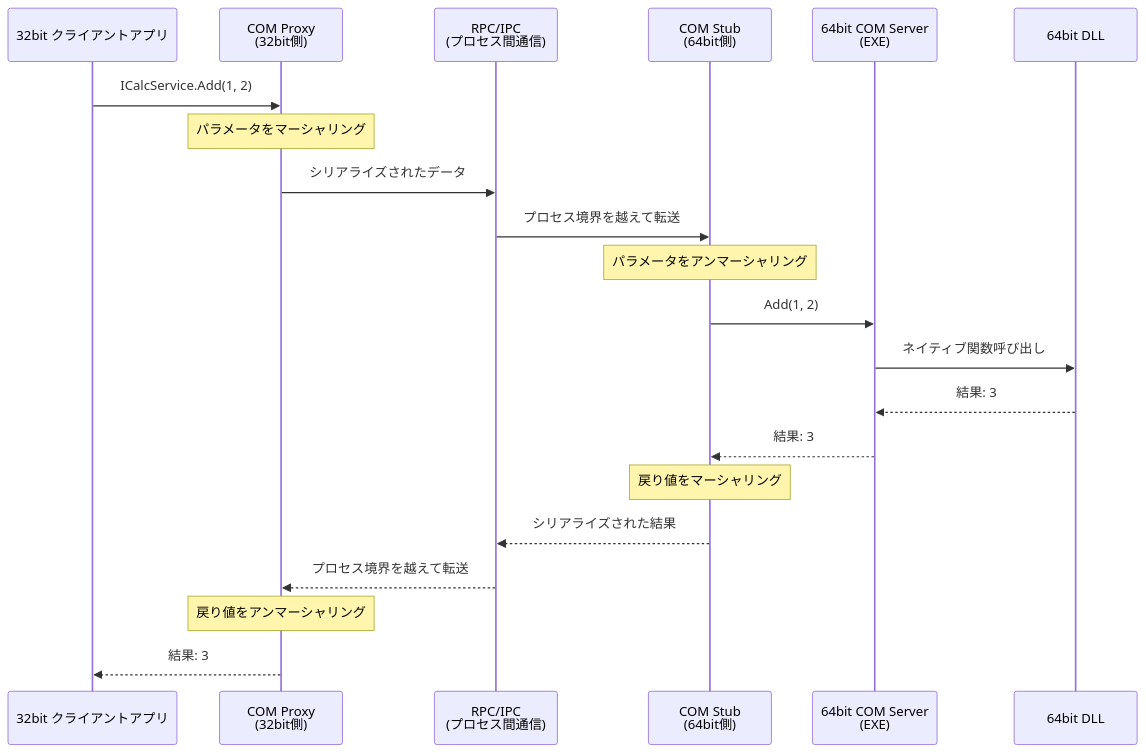
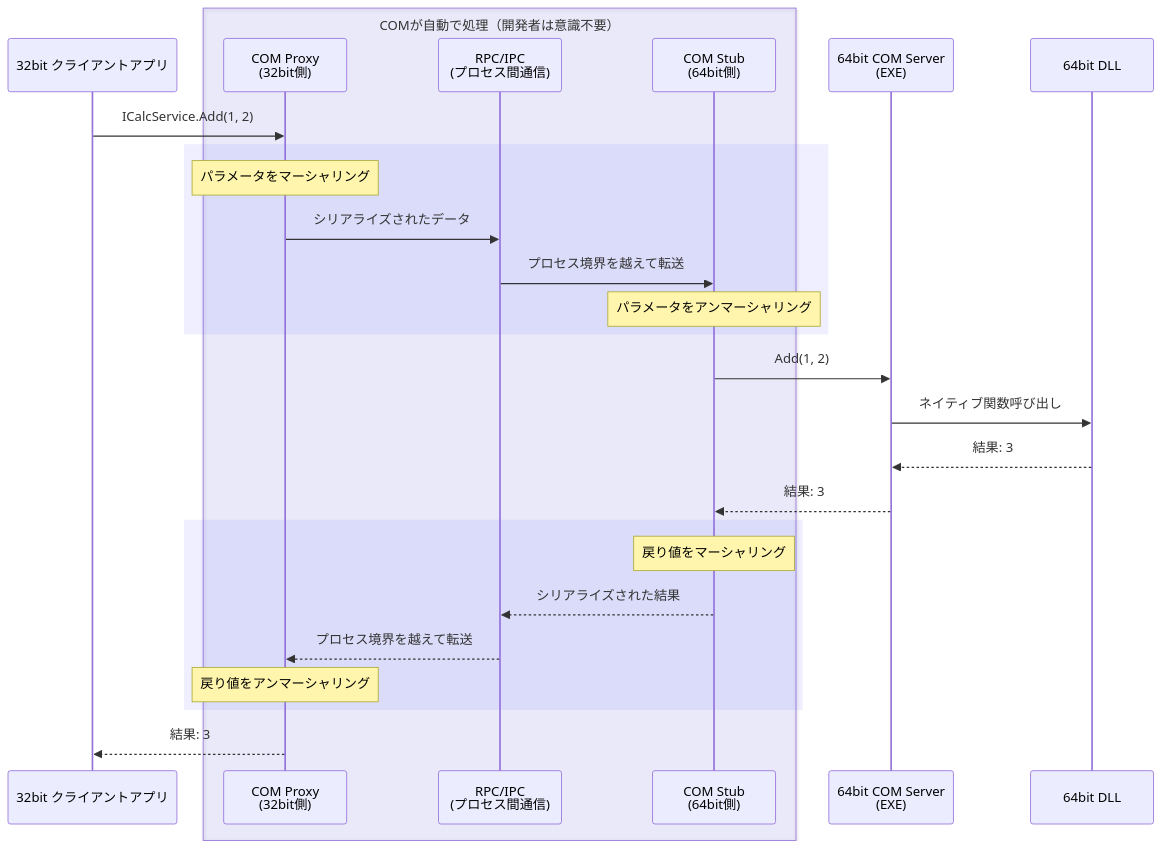
One commit to gomurin0428/KomuraSoftWeb changed the diagram in _posts/2026-01-25-002-com-case-study-32bit-to-64bit.md. Above: the diagram before and after it, drawn with Mermaid.

Commit message:
feat: highlight COM automatic handling in sequence diagram

```diff
--- a/_posts/2026-01-25-002-com-case-study-32bit-to-64bit.md
+++ b/_posts/2026-01-25-002-com-case-study-32bit-to-64bit.md
@@ -46,24 +46,30 @@
 <pre class="mermaid">
 sequenceDiagram
     participant App as 32bit クライアントアプリ
-    participant Proxy as COM Proxy<br/>(32bit側)
-    participant RPC as RPC/IPC<br/>(プロセス間通信)
-    participant Stub as COM Stub<br/>(64bit側)
+    box rgba(100,100,255,0.1) COMが自動で処理（開発者は意識不要）
+        participant Proxy as COM Proxy<br/>(32bit側)
+        participant RPC as RPC/IPC<br/>(プロセス間通信)
+        participant Stub as COM Stub<br/>(64bit側)
+    end
     participant Server as 64bit COM Server<br/>(EXE)
     participant DLL as 64bit DLL
 
     App->>Proxy: ICalcService.Add(1, 2)
-    Note over Proxy: パラメータをマーシャリング
-    Proxy->>RPC: シリアライズされたデータ
-    RPC->>Stub: プロセス境界を越えて転送
-    Note over Stub: パラメータをアンマーシャリング
+    rect rgba(100,100,255,0.1)
+        Note over Proxy: パラメータをマーシャリング
+        Proxy->>RPC: シリアライズされたデータ
+        RPC->>Stub: プロセス境界を越えて転送
+        Note over Stub: パラメータをアンマーシャリング
+    end
     Stub->>Server: Add(1, 2)
     Server->>DLL: ネイティブ関数呼び出し
     DLL-->>Server: 結果: 3
     Server-->>Stub: 結果: 3
-    Note over Stub: 戻り値をマーシャリング
-    Stub-->>RPC: シリアライズされた結果
-    RPC-->>Proxy: プロセス境界を越えて転送
-    Note over Proxy: 戻り値をアンマーシャリング
+    rect rgba(100,100,255,0.1)
+        Note over Stub: 戻り値をマーシャリング
+        Stub-->>RPC: シリアライズされた結果
+        RPC-->>Proxy: プロセス境界を越えて転送
+        Note over Proxy: 戻り値をアンマーシャリング
+    end
     Proxy-->>App: 結果: 3
 </pre>
```
